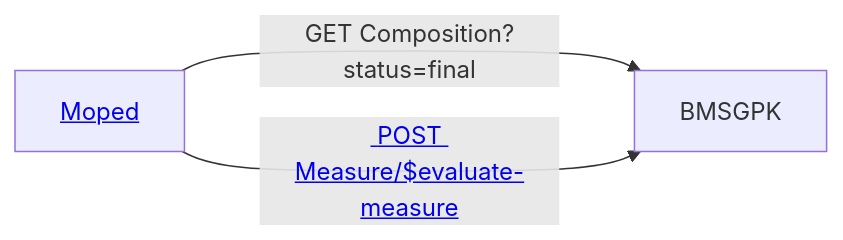
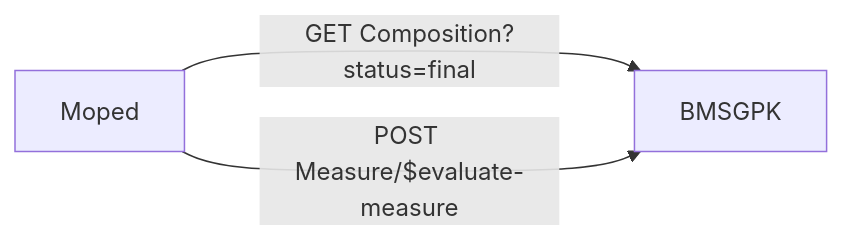
Before and after one commit to HL7Austria/ELGA-MOPED-R5: the fourth of 4 diagrams in input/pagecontent/actors.md, drawn with Mermaid. The commit also changed other lines of this file and 3 other files, not shown here.

```diff
--- a/input/pagecontent/actors.md
+++ b/input/pagecontent/actors.md
@@ -49,7 +49,7 @@
 <pre class="mermaid">
     graph LR
     BMSGPK[BMSGPK]
-    Moped[&lt;a href=&quot;#top&quot;&gt;Moped&lt;/a&gt;] 
+    Moped[Moped] 
     Moped --->|GET Composition?status=final| BMSGPK 
-    Moped --->|&lt;a href=&quot;https://www.hl7.org/fhir/operation-measure-evaluate-measure.html&quot;&gt; POST Measure/$evaluate-measure&lt;/a&gt;| BMSGPK
+    Moped --->|POST Measure/$evaluate-measure| BMSGPK
 </pre>
```
